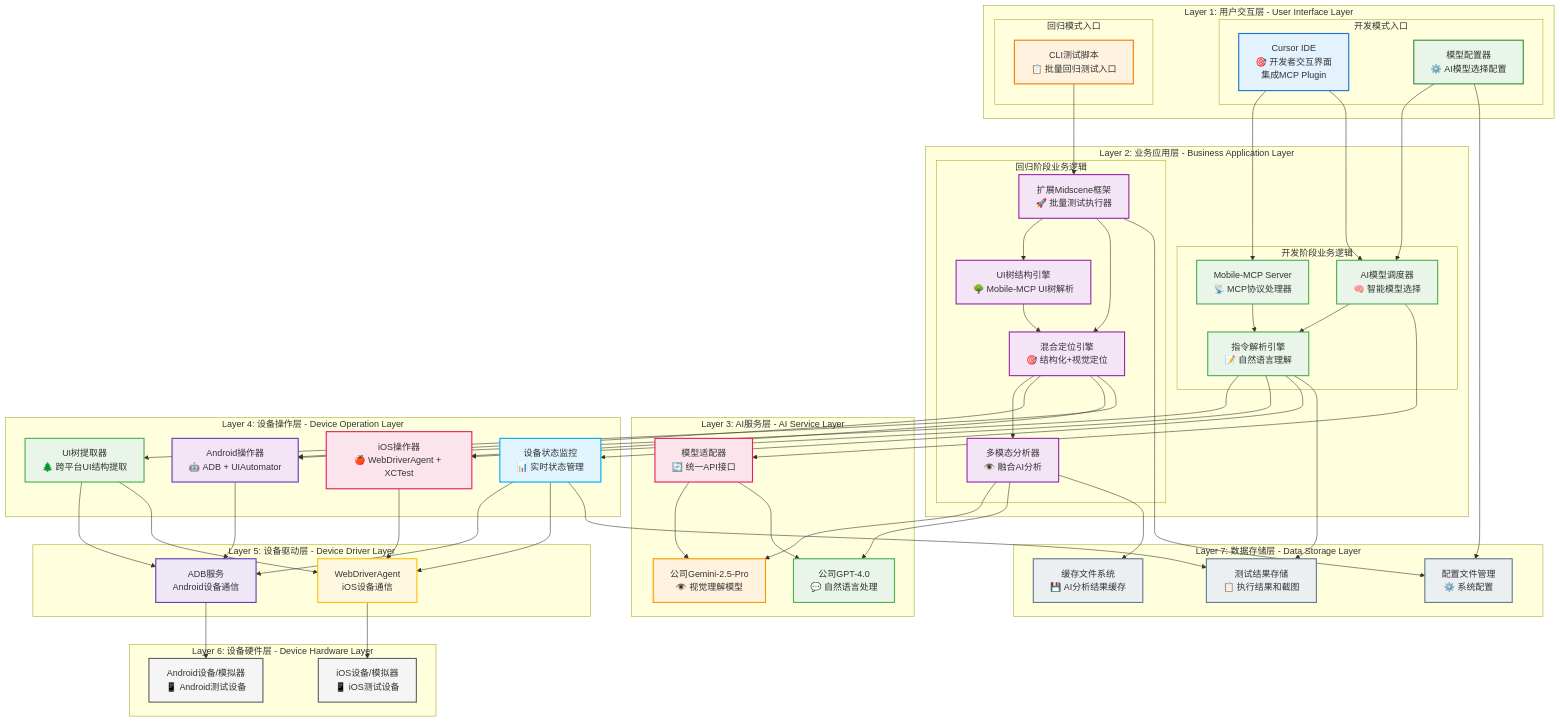
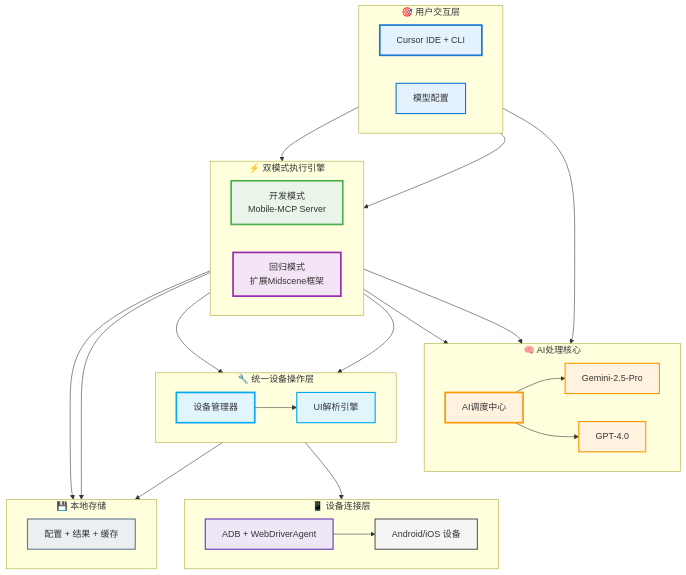
One commit to zhuozp/AI-UI- changed the second of 32 diagrams in 3.md. Above: the diagram before and after it, drawn with Mermaid. The commit also changed other lines of this file, not shown here.

````diff
--- a/3.md
+++ b/3.md
@@ -114,152 +114,81 @@
 ```mermaid
 graph TB
-    %% ===== 第1层：用户交互层 =====
-    subgraph "Layer 1: 用户交互层 - User Interface Layer"
-        subgraph "开发模式入口"
-            UI1[Cursor IDE<br/>🎯 开发者交互界面<br/>集成MCP Plugin]
-            UI2[模型配置器<br/>⚙️ AI模型选择配置]
-        end
-        subgraph "回归模式入口"
-            UI3[CLI测试脚本<br/>📋 批量回归测试入口]
-        end
+    %% 核心架构 - 简化版
+    subgraph "🎯 用户交互层"
+        direction LR
+        USER[Cursor IDE + CLI]
+        CONFIG[模型配置]
     end
     
-    %% ===== 第2层：业务应用层 =====
-    subgraph "Layer 2: 业务应用层 - Business Application Layer"
-        subgraph "开发阶段业务逻辑"
-            APP1[Mobile-MCP Server<br/>📡 MCP协议处理器]
-            APP2[AI模型调度器<br/>🧠 智能模型选择]
-            APP3[指令解析引擎<br/>📝 自然语言理解]
-        end
-        subgraph "回归阶段业务逻辑"
-            APP4[扩展Midscene框架<br/>🚀 批量测试执行器]
-            APP5[UI树结构引擎<br/>🌳 Mobile-MCP UI树解析]
-            APP6[混合定位引擎<br/>🎯 结构化+视觉定位]
-            APP7[多模态分析器<br/>👁️ 融合AI分析]
-        end
+    subgraph "🧠 AI处理核心"
+        direction LR
+        AI_HUB[AI调度中心]
+        GEMINI[Gemini-2.5-Pro]
+        GPT[GPT-4.0]
     end
     
-    %% ===== 第3层：AI服务层 =====
-    subgraph "Layer 3: AI服务层 - AI Service Layer"
-        AI1[公司Gemini-2.5-Pro<br/>👁️ 视觉理解模型]
-        AI2[公司GPT-4.0<br/>💬 自然语言处理]
-        AI3[模型适配器<br/>🔄 统一API接口]
+    subgraph "⚡ 双模式执行引擎"
+        direction LR
+        DEV_MODE[开发模式<br/>Mobile-MCP Server]
+        PROD_MODE[回归模式<br/>扩展Midscene框架]
     end
     
-    %% ===== 第4层：设备操作层 =====
-    subgraph "Layer 4: 设备操作层 - Device Operation Layer"
-        DEV1[Android操作器<br/>🤖 ADB + UIAutomator]
-        DEV2[iOS操作器<br/>🍎 WebDriverAgent + XCTest]
-        DEV3[设备状态监控<br/>📊 实时状态管理]
-        DEV4[UI树提取器<br/>🌲 跨平台UI结构提取]
+    subgraph "🔧 统一设备操作层"
+        direction LR
+        DEVICE_MGR[设备管理器]
+        UI_ENGINE[UI解析引擎]
     end
     
-    %% ===== 第5层：设备驱动层 =====
-    subgraph "Layer 5: 设备驱动层 - Device Driver Layer"
-        DRV1[ADB服务<br/>Android设备通信]
-        DRV2[WebDriverAgent<br/>iOS设备通信]
+    subgraph "📱 设备连接层"
+        direction LR
+        ADB_IOS[ADB + WebDriverAgent]
+        DEVICES[Android/iOS 设备]
     end
     
-    %% ===== 第6层：设备硬件层 =====
-    subgraph "Layer 6: 设备硬件层 - Device Hardware Layer"
-        HW1[Android设备/模拟器<br/>📱 Android测试设备]
-        HW2[iOS设备/模拟器<br/>📱 iOS测试设备]
+    subgraph "💾 本地存储"
+        direction LR
+        STORAGE[配置 + 结果 + 缓存]
     end
     
-    %% ===== 第7层：数据存储层 =====
-    subgraph "Layer 7: 数据存储层 - Data Storage Layer"
-        STORE1[测试结果存储<br/>📋 执行结果和截图]
-        STORE2[配置文件管理<br/>⚙️ 系统配置]
-        STORE3[缓存文件系统<br/>💾 AI分析结果缓存]
-    end
+    %% 主要数据流 - 大幅简化连接
+    USER --> DEV_MODE
+    USER --> PROD_MODE
+    CONFIG --> AI_HUB
     
-    %% ===== 层间连接关系 =====
+    DEV_MODE --> AI_HUB
+    PROD_MODE --> AI_HUB
     
-    %% Layer 1 → Layer 2 (用户交互层 → 业务应用层)
-    UI1 --> APP1
-    UI1 --> APP2
-    UI2 --> APP2
-    UI3 --> APP4
+    AI_HUB --> GEMINI
+    AI_HUB --> GPT
     
-    %% Layer 2内部连接
-    APP1 --> APP3
-    APP2 --> APP3
-    APP4 --> APP5
-    APP4 --> APP6
-    APP5 --> APP6
-    APP6 --> APP7
+    DEV_MODE --> DEVICE_MGR
+    PROD_MODE --> DEVICE_MGR
     
-    %% Layer 2 → Layer 3 (业务应用层 → AI服务层)
-    APP2 --> AI3
-    APP7 --> AI1
-    APP7 --> AI2
-    AI3 --> AI1
-    AI3 --> AI2
+    DEVICE_MGR --> UI_ENGINE
+    DEVICE_MGR --> ADB_IOS
     
-    %% Layer 2 → Layer 4 (业务应用层 → 设备操作层)
-    APP3 --> DEV1
-    APP3 --> DEV2
-    APP3 --> DEV3
-    APP6 --> DEV1
-    APP6 --> DEV2
-    APP6 --> DEV4
+    ADB_IOS --> DEVICES
     
-    %% Layer 4 → Layer 5 (设备操作层 → 设备驱动层)
-    DEV1 --> DRV1
-    DEV2 --> DRV2
-    DEV3 --> DRV1
-    DEV3 --> DRV2
-    DEV4 --> DRV1
-    DEV4 --> DRV2
+    DEV_MODE --> STORAGE
+    PROD_MODE --> STORAGE
+    DEVICE_MGR --> STORAGE
     
-    %% Layer 5 → Layer 6 (设备驱动层 → 设备硬件层)
-    DRV1 --> HW1
-    DRV2 --> HW2
+    %% 颜色分层
+    style USER fill:#e3f2fd,stroke:#1976d2,stroke-width:3px
+    style CONFIG fill:#e3f2fd,stroke:#1976d2,stroke-width:2px
     
-    %% Layer 2,4 → Layer 7 (业务应用层、设备操作层 → 数据存储层)
-    APP3 --> STORE1
-    APP7 --> STORE3
-    UI2 --> STORE2
-    APP4 --> STORE2
-    DEV3 --> STORE1
+    style AI_HUB fill:#fff3e0,stroke:#ff9800,stroke-width:3px
+    style GEMINI fill:#fff3e0,stroke:#ff9800,stroke-width:2px
+    style GPT fill:#fff3e0,stroke:#ff9800,stroke-width:2px
     
-    %% ===== 层级样式定义 =====
+    style DEV_MODE fill:#e8f5e8,stroke:#4caf50,stroke-width:3px
+    style PROD_MODE fill:#f3e5f5,stroke:#9c27b0,stroke-width:3px
     
-    %% Layer 1 - 用户交互层 (蓝色系)
-    style UI1 fill:#e3f2fd,stroke:#1976d2,stroke-width:2px
-    style UI2 fill:#e8f5e8,stroke:#388e3c,stroke-width:2px  
-    style UI3 fill:#fff3e0,stroke:#f57c00,stroke-width:2px
+    style DEVICE_MGR fill:#e1f5fe,stroke:#03a9f4,stroke-width:3px
+    style UI_ENGINE fill:#e1f5fe,stroke:#03a9f4,stroke-width:2px
     
-    %% Layer 2 - 业务应用层 (绿色系)
-    style APP1 fill:#e8f5e8,stroke:#4caf50,stroke-width:2px
-    style APP2 fill:#e8f5e8,stroke:#4caf50,stroke-width:2px
-    style APP3 fill:#e8f5e8,stroke:#4caf50,stroke-width:2px
-    style APP4 fill:#f3e5f5,stroke:#9c27b0,stroke-width:2px
-    style APP5 fill:#f3e5f5,stroke:#9c27b0,stroke-width:2px
-    style APP6 fill:#f3e5f5,stroke:#9c27b0,stroke-width:2px
-    style APP7 fill:#f3e5f5,stroke:#9c27b0,stroke-width:2px
+    style ADB_IOS fill:#ede7f6,stroke:#673ab7,stroke-width:2px
+    style DEVICES fill:#f5f5f5,stroke:#616161,stroke-width:2px
     
-    %% Layer 3 - AI服务层 (橙色系)
-    style AI1 fill:#fff3e0,stroke:#ff9800,stroke-width:2px
-    style AI2 fill:#e8f5e8,stroke:#4caf50,stroke-width:2px
-    style AI3 fill:#fce4ec,stroke:#e91e63,stroke-width:2px
-    
-    %% Layer 4 - 设备操作层 (紫色系)
-    style DEV1 fill:#f3e5f5,stroke:#673ab7,stroke-width:2px
-    style DEV2 fill:#fce4ec,stroke:#e91e63,stroke-width:2px
-    style DEV3 fill:#e1f5fe,stroke:#03a9f4,stroke-width:2px
-    style DEV4 fill:#e8f5e8,stroke:#4caf50,stroke-width:2px
-    
-    %% Layer 5 - 设备驱动层 (深色系)
-    style DRV1 fill:#ede7f6,stroke:#673ab7,stroke-width:2px
-    style DRV2 fill:#fff8e1,stroke:#ffc107,stroke-width:2px
-    
-    %% Layer 6 - 设备硬件层 (灰色系)
-    style HW1 fill:#f5f5f5,stroke:#616161,stroke-width:2px
-    style HW2 fill:#f5f5f5,stroke:#616161,stroke-width:2px
-    
-    %% Layer 7 - 数据存储层 (蓝灰色系)
-    style STORE1 fill:#eceff1,stroke:#607d8b,stroke-width:2px
-    style STORE2 fill:#eceff1,stroke:#607d8b,stroke-width:2px
-    style STORE3 fill:#eceff1,stroke:#607d8b,stroke-width:2px
+    style STORAGE fill:#eceff1,stroke:#607d8b,stroke-width:2px
 ```
````
